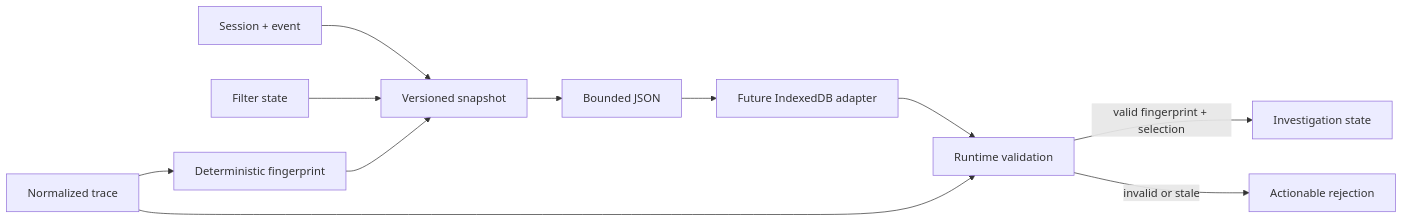
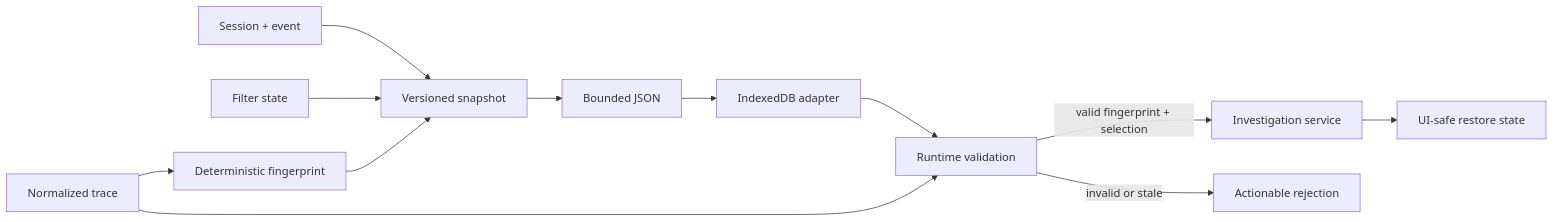
The diagram in eventweave/docs/investigation-persistence.md (ASKR04/JavaScript), drawn with Mermaid before and after one commit. The commit also changed other lines of this file and 6 other files, not shown here.

````diff
--- a/eventweave/docs/investigation-persistence.md
+++ b/eventweave/docs/investigation-persistence.md
@@ -9,13 +9,14 @@
 ```mermaid
 flowchart LR
     Trace["Normalized trace"] --> Fingerprint["Deterministic fingerprint"]
     Selection["Session + event"] --> Snapshot["Versioned snapshot"]
     Filters["Filter state"] --> Snapshot
     Fingerprint --> Snapshot
     Snapshot --> Serialize["Bounded JSON"]
-    Serialize --> Adapter["Future IndexedDB adapter"]
+    Serialize --> Adapter["IndexedDB adapter"]
     Adapter --> Parse["Runtime validation"]
     Trace --> Parse
-    Parse -->|valid fingerprint + selection| Restore["Investigation state"]
+    Parse -->|valid fingerprint + selection| Service["Investigation service"]
+    Service --> Restore["UI-safe restore state"]
     Parse -->|invalid or stale| Errors["Actionable rejection"]
 ```
````
